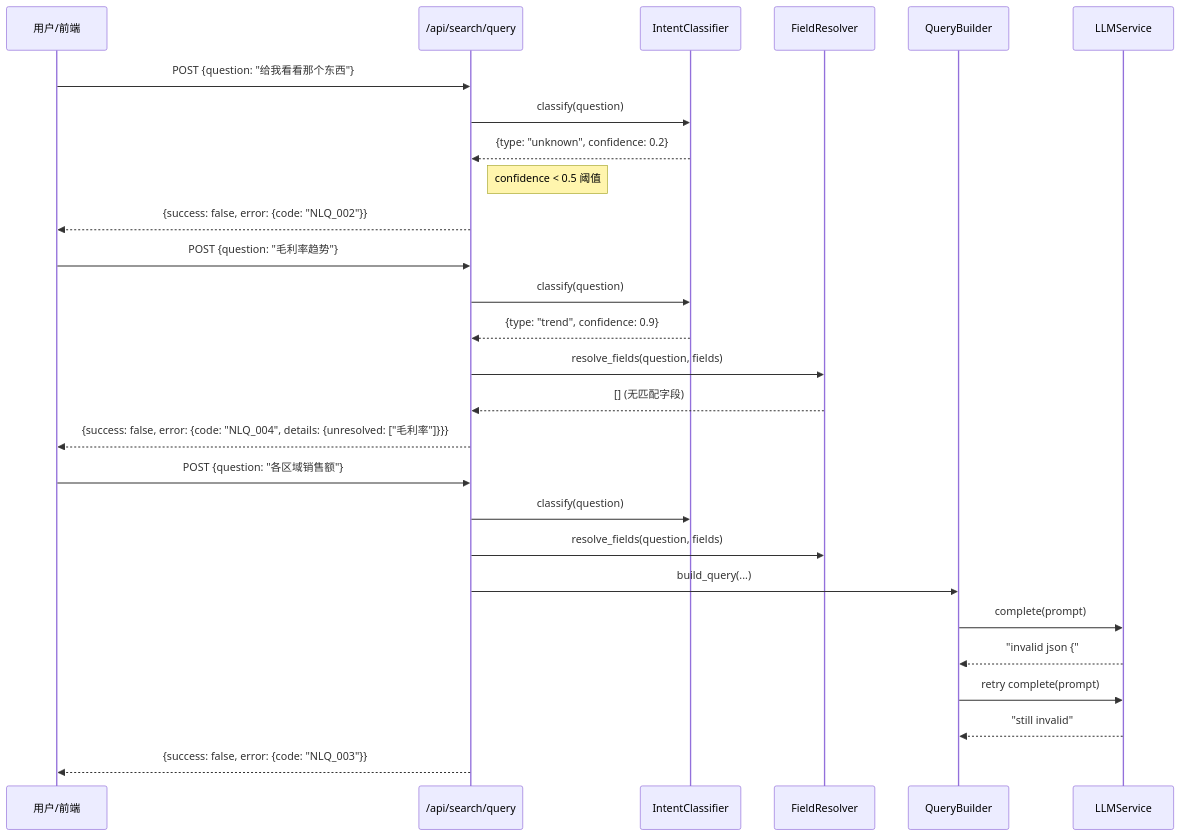
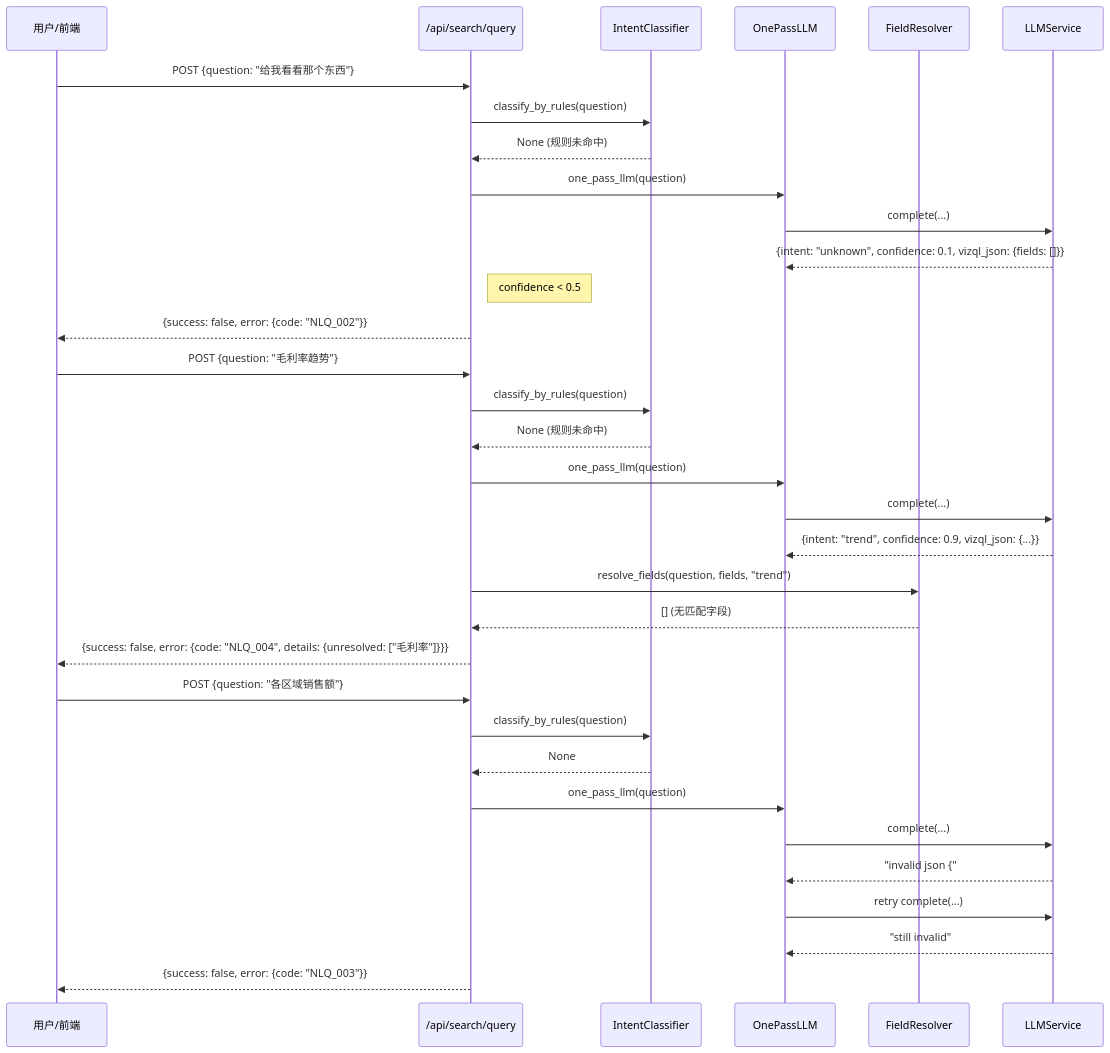
One commit to Forrest219/mulan-bi-platform changed the fourth of 4 diagrams in docs/specs/14-nl-to-query-pipeline-spec.md. Above: the diagram before and after it, drawn with Mermaid. The commit also changed other lines of this file and 14 other files, not shown here.

First line of the commit message:
feat: 实现知识库模块 + 优化 NL-to-Query 流水线(One-Pass LLM)

````diff
--- a/docs/specs/14-nl-to-query-pipeline-spec.md
+++ b/docs/specs/14-nl-to-query-pipeline-spec.md
@@ -829,37 +919,43 @@
 ```mermaid
 sequenceDiagram
     participant User as 用户/前端
     participant API as /api/search/query
     participant IC as IntentClassifier
+    participant OP as OnePassLLM
     participant FR as FieldResolver
-    participant QB as QueryBuilder
     participant LLM as LLMService
 
     User->>API: POST {question: "给我看看那个东西"}
 
-    API->>IC: classify(question)
-    IC-->>API: {type: "unknown", confidence: 0.2}
-    Note right of API: confidence < 0.5 阈值
+    API->>IC: classify_by_rules(question)
+    IC-->>API: None  (规则未命中)
+    API->>OP: one_pass_llm(question)
+    OP->>LLM: complete(...)
+    LLM-->>OP: {intent: "unknown", confidence: 0.1, vizql_json: {fields: []}}
+    Note right of API: confidence < 0.5
 
     API-->>User: {success: false, error: {code: "NLQ_002"}}
 
     User->>API: POST {question: "毛利率趋势"}
-    API->>IC: classify(question)
-    IC-->>API: {type: "trend", confidence: 0.9}
-    API->>FR: resolve_fields(question, fields)
+    API->>IC: classify_by_rules(question)
+    IC-->>API: None  (规则未命中)
+    API->>OP: one_pass_llm(question)
+    OP->>LLM: complete(...)
+    LLM-->>OP: {intent: "trend", confidence: 0.9, vizql_json: {...}}
+    API->>FR: resolve_fields(question, fields, "trend")
     FR-->>API: [] (无匹配字段)
 
     API-->>User: {success: false, error: {code: "NLQ_004", details: {unresolved: ["毛利率"]}}}
 
     User->>API: POST {question: "各区域销售额"}
-    API->>IC: classify(question)
-    API->>FR: resolve_fields(question, fields)
-    API->>QB: build_query(...)
-    QB->>LLM: complete(prompt)
-    LLM-->>QB: "invalid json {"
+    API->>IC: classify_by_rules(question)
+    IC-->>API: None
+    API->>OP: one_pass_llm(question)
+    OP->>LLM: complete(...)
+    LLM-->>OP: "invalid json {"
 
-    QB->>LLM: retry complete(prompt)
-    LLM-->>QB: "still invalid"
+    OP->>LLM: retry complete(...)
+    LLM-->>OP: "still invalid"
 
     API-->>User: {success: false, error: {code: "NLQ_003"}}
 ```
````
